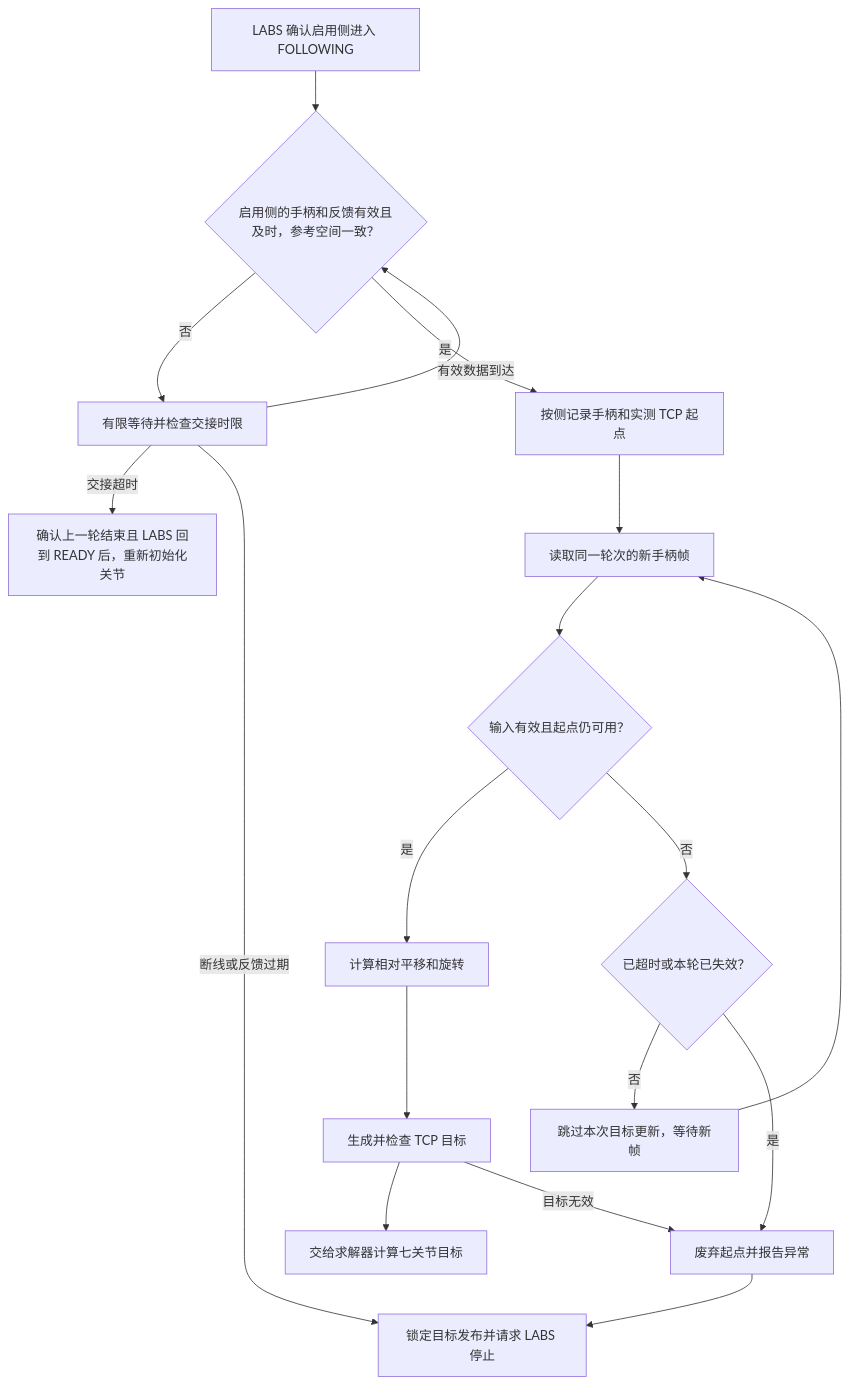
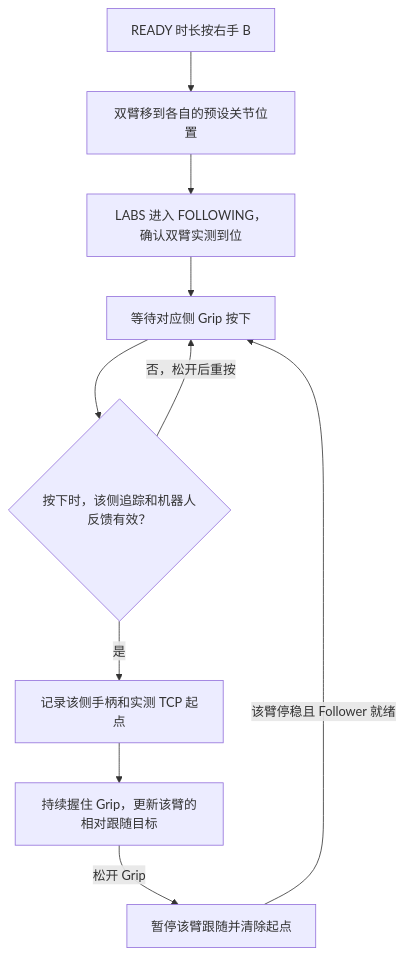
Before and after one commit to YYxzz8866/Quest-Proposal: the diagram in 5、映射及相对跟随.md, drawn with Mermaid. The commit also changed other lines of this file and 9 other files, not shown here.

````diff
--- a/5、映射及相对跟随.md
+++ b/5、映射及相对跟随.md
@@ -24,28 +23,17 @@
 ```mermaid
 flowchart TD
-    Following["LABS 确认启用侧进入 FOLLOWING"]
-    Ready{"启用侧的手柄和反馈有效且及时，参考空间一致？"}
-    Wait["有限等待并检查交接时限"]
-    Retry["确认上一轮结束且 LABS 回到 READY 后，重新初始化关节"]
-    EntryFault["锁定目标发布并请求 LABS 停止"]
-    Anchor["按侧记录手柄和实测 TCP 起点"]
-    Frame["读取同一轮次的新手柄帧"]
-    Valid{"输入有效且起点仍可用？"}
-    Fault{"已超时或本轮已失效？"}
-    Skip["跳过本次目标更新，等待新帧"]
-    Delta["计算相对平移和旋转"]
-    Goal["生成并检查 TCP 目标"]
-    Solver["交给求解器计算七关节目标"]
-    Clear["废弃起点并报告异常"]
+    PressB["READY 时长按右手 B"]
+    Sync["双臂移到各自的预设关节位置"]
+    Arrived["LABS 进入 FOLLOWING，确认双臂实测到位"]
+    WaitGrip["等待对应侧 Grip 按下"]
+    Valid{"按下时，该侧追踪和机器人反馈有效？"}
+    Anchor["记录该侧手柄和实测 TCP 起点"]
+    Follow["持续握住 Grip，更新该臂的相对跟随目标"]
+    Pause["暂停该臂跟随并清除起点"]
 
-    Following --> Ready
-    Ready -->|否| Wait -->|有效数据到达| Ready
-    Wait -->|交接超时| Retry
-    Wait -->|断线或反馈过期| EntryFault
-    Ready -->|是| Anchor --> Frame --> Valid
-    Valid -->|是| Delta --> Goal --> Solver
-    Valid -->|否| Fault
-    Fault -->|否| Skip --> Frame
-    Fault -->|是| Clear --> EntryFault
-    Goal -->|目标无效| Clear
+    PressB --> Sync --> Arrived --> WaitGrip --> Valid
+    Valid -->|是| Anchor --> Follow
+    Valid -->|否，松开后重按| WaitGrip
+    Follow -->|松开 Grip| Pause
+    Pause -->|该臂停稳且 Follower 就绪| WaitGrip
 ```
````
